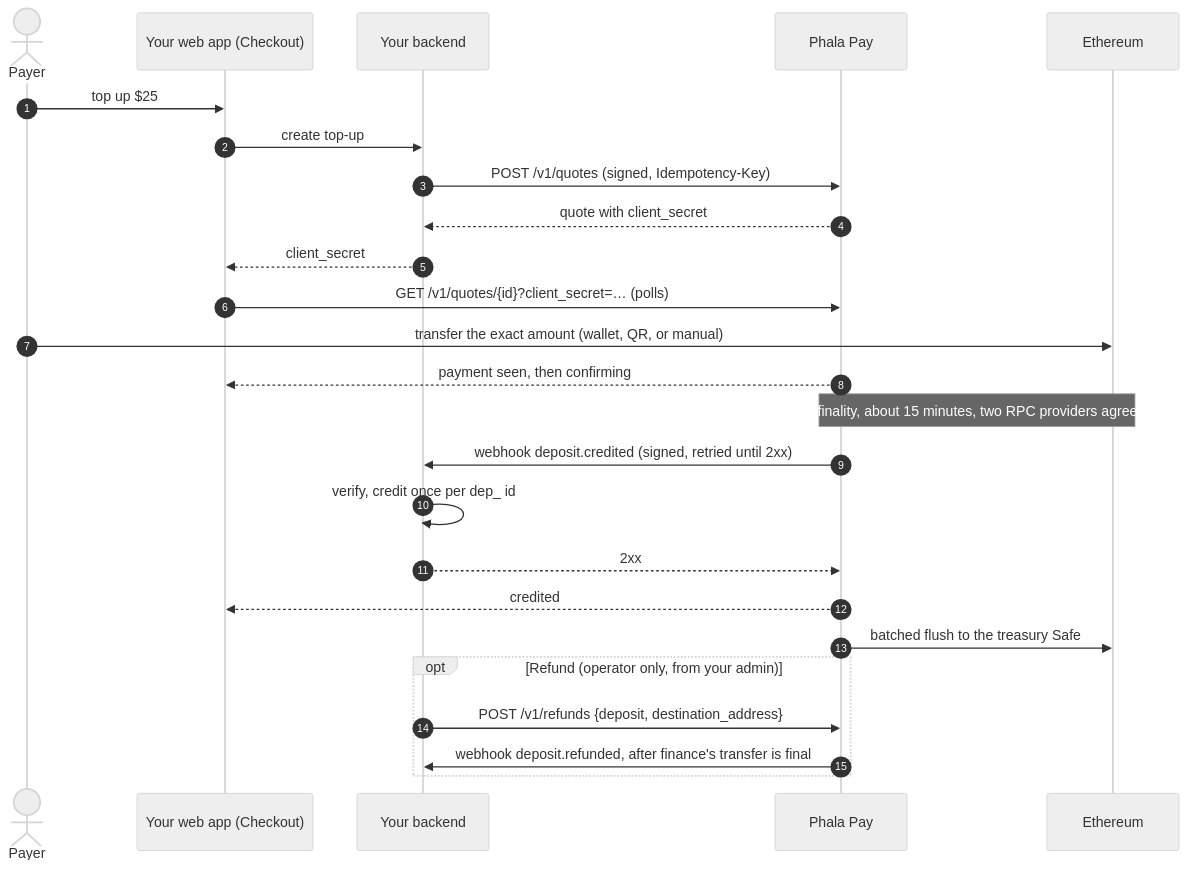
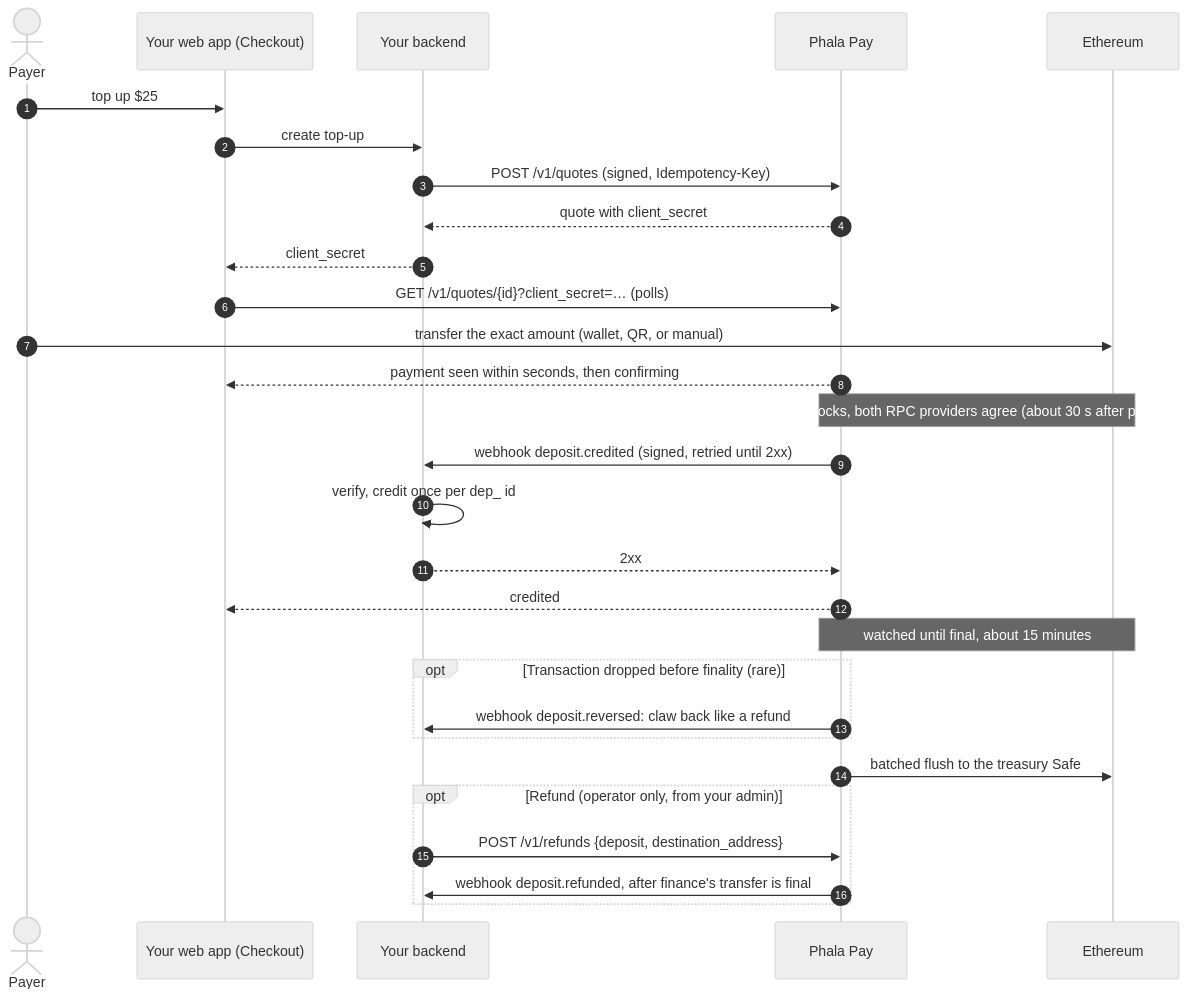
Before and after one commit to Phala-Network/crypto-topup-service: the diagram in docs/integration.md, drawn with Mermaid (neutral theme). The commit also changed other lines of this file and 73 other files, not shown here.

````diff
--- a/docs/integration.md
+++ b/docs/integration.md
@@ -122,27 +128,31 @@
 ```mermaid
 sequenceDiagram
     autonumber
     actor Payer
     participant UI as Your web app (Checkout)
     participant BE as Your backend
     participant PP as Phala Pay
     participant ETH as Ethereum
     Payer->>UI: top up $25
     UI->>BE: create top-up
     BE->>PP: POST /v1/quotes (signed, Idempotency-Key)
     PP-->>BE: quote with client_secret
     BE-->>UI: client_secret
     UI->>PP: GET /v1/quotes/{id}?client_secret=… (polls)
     Payer->>ETH: transfer the exact amount (wallet, QR, or manual)
-    PP-->>UI: payment seen, then confirming
-    Note over PP,ETH: finality, about 15 minutes, two RPC providers agree
+    PP-->>UI: payment seen within seconds, then confirming
+    Note over PP,ETH: two blocks, both RPC providers agree (about 30 s after paying)
     PP->>BE: webhook deposit.credited (signed, retried until 2xx)
     BE->>BE: verify, credit once per dep_ id
     BE-->>PP: 2xx
     PP-->>UI: credited
+    Note over PP,ETH: watched until final, about 15 minutes
+    opt Transaction dropped before finality (rare)
+        PP->>BE: webhook deposit.reversed: claw back like a refund
+    end
     PP->>ETH: batched flush to the treasury Safe
     opt Refund (operator only, from your admin)
         BE->>PP: POST /v1/refunds {deposit, destination_address}
         PP->>BE: webhook deposit.refunded, after finance's transfer is final
     end
 ```
````
